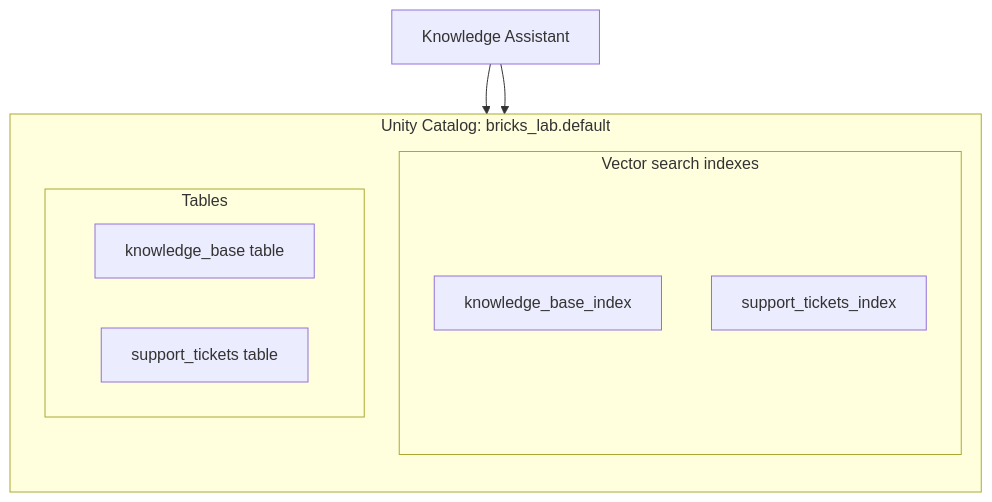
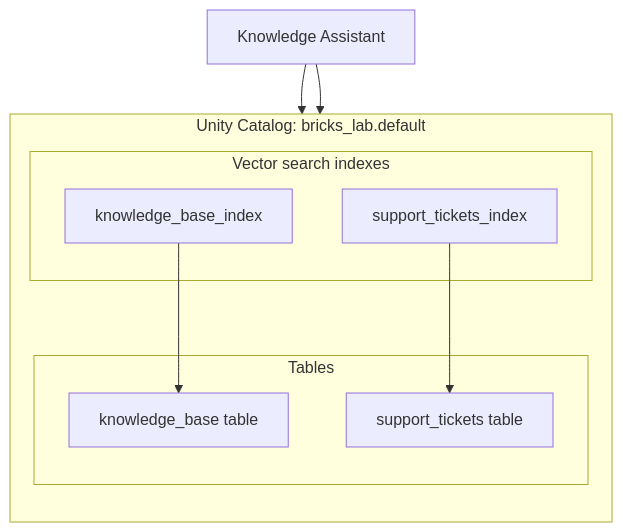
Before and after one commit to dbagentworkshop/dbagentworkshop: the first of 3 diagrams in README.md, drawn with Mermaid. The commit also changed other lines of this file, not shown here.

Commit message:
fix mermaid graphs

````diff
--- a/README.md
+++ b/README.md
@@ -77,17 +77,19 @@
 ```mermaid
 flowchart TB
   ka_agent[Knowledge Assistant]
   subgraph uc_ka ["Unity Catalog: bricks_lab.default"]
     direction TB
     subgraph uc_ka_idx ["Vector search indexes"]
       kb_index[knowledge_base_index]
       st_index[support_tickets_index]
     end
     subgraph uc_ka_tbl ["Tables"]
       kb_table[knowledge_base table]
       st_table[support_tickets table]
     end
+    kb_index --> kb_table
+    st_index --> st_table
   end
   ka_agent --> kb_index
   ka_agent --> st_index
 ```
````
